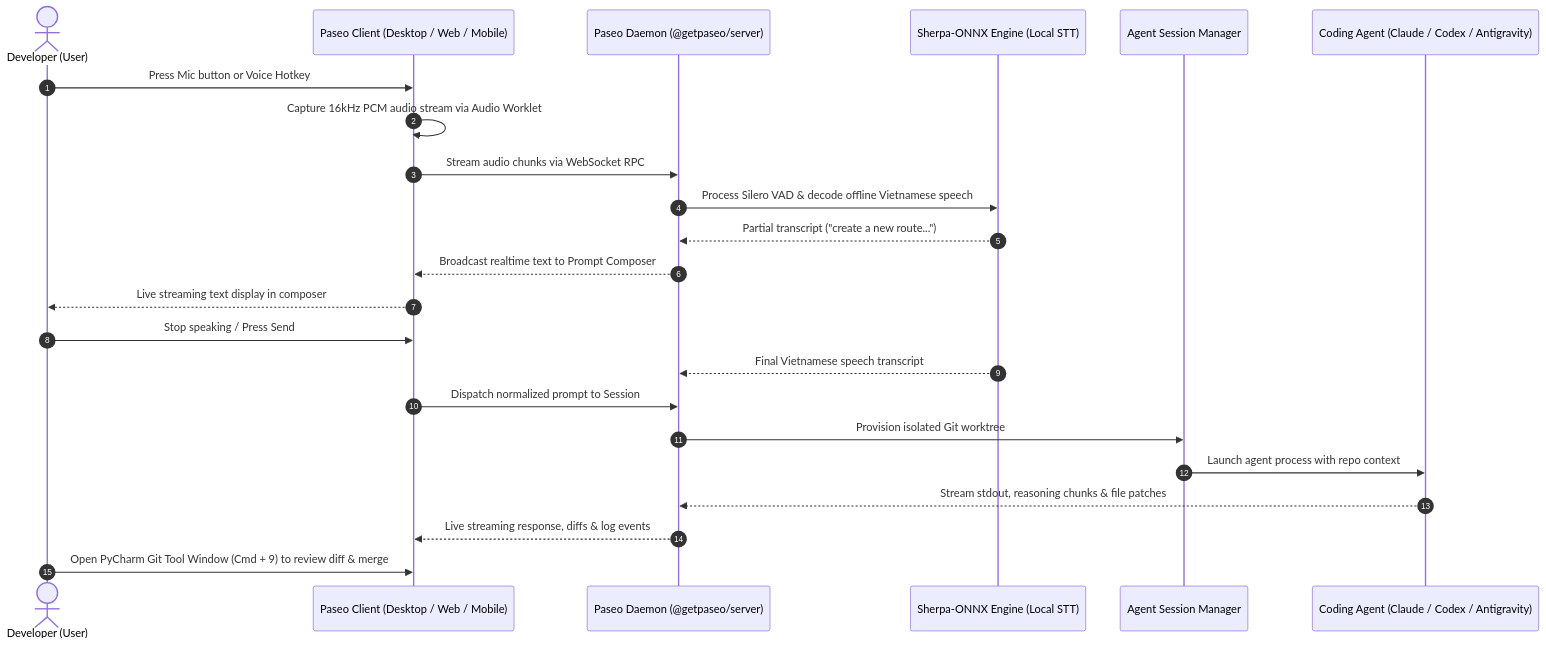
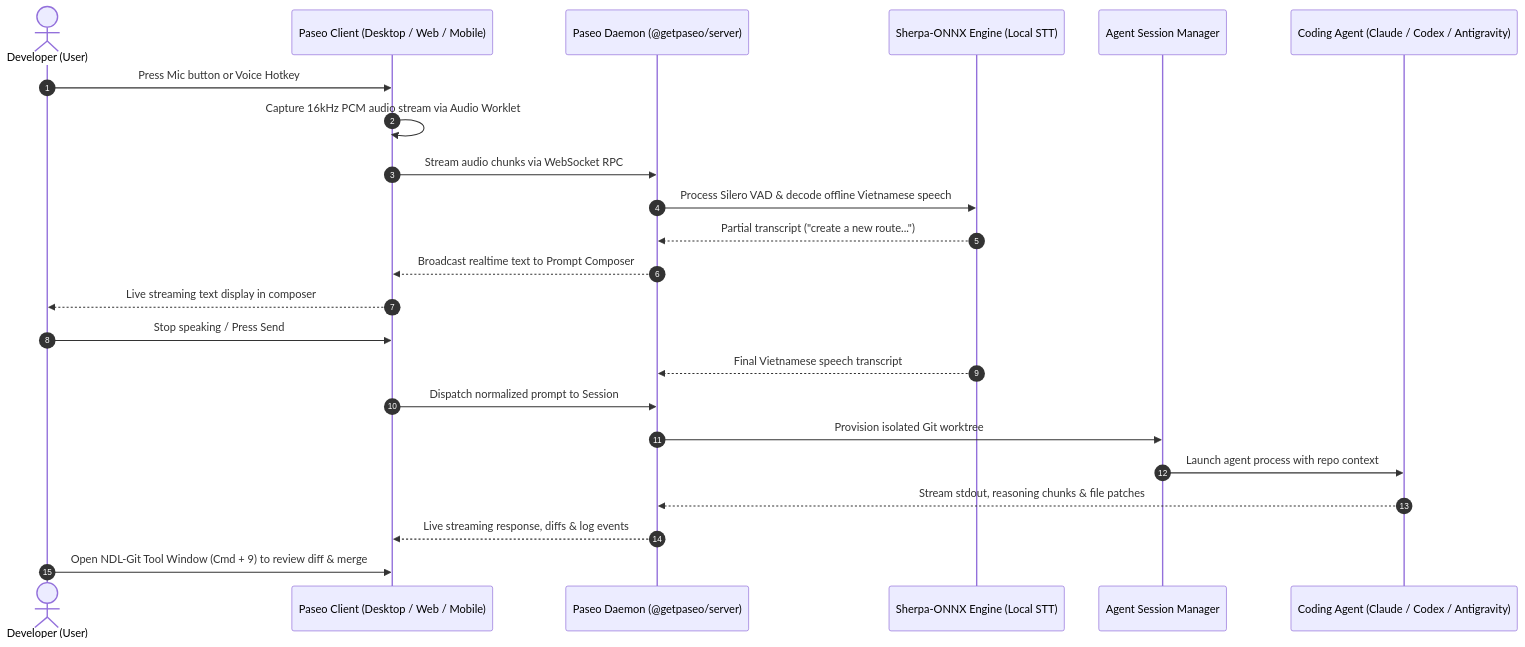
The second of 3 diagrams in README.md (luongndcoder/paseo), drawn with Mermaid before and after one commit. The commit also changed other lines of this file and 11 other files, not shown here.

Commit message:
feat(git): rename Git Tool Window to ndl-git (NDL-Git)

````diff
--- a/README.md
+++ b/README.md
@@ -134,27 +134,27 @@
 ```mermaid
 sequenceDiagram
     autonumber
     actor User as Developer (User)
     participant Client as Paseo Client (Desktop / Web / Mobile)
     participant Daemon as Paseo Daemon (@getpaseo/server)
     participant Sherpa as Sherpa-ONNX Engine (Local STT)
     participant Session as Agent Session Manager
     participant Provider as Coding Agent (Claude / Codex / Antigravity)
 
     User->>Client: Press Mic button or Voice Hotkey
     Client->>Client: Capture 16kHz PCM audio stream via Audio Worklet
     Client->>Daemon: Stream audio chunks via WebSocket RPC
     Daemon->>Sherpa: Process Silero VAD & decode offline Vietnamese speech
     Sherpa-->>Daemon: Partial transcript ("create a new route...")
     Daemon-->>Client: Broadcast realtime text to Prompt Composer
     Client-->>User: Live streaming text display in composer
 
     User->>Client: Stop speaking / Press Send
     Sherpa-->>Daemon: Final Vietnamese speech transcript
     Client->>Daemon: Dispatch normalized prompt to Session
     Daemon->>Session: Provision isolated Git worktree
     Session->>Provider: Launch agent process with repo context
     Provider-->>Daemon: Stream stdout, reasoning chunks & file patches
     Daemon-->>Client: Live streaming response, diffs & log events
-    User->>Client: Open PyCharm Git Tool Window (Cmd + 9) to review diff & merge
+    User->>Client: Open NDL-Git Tool Window (Cmd + 9) to review diff & merge
 ```
````
